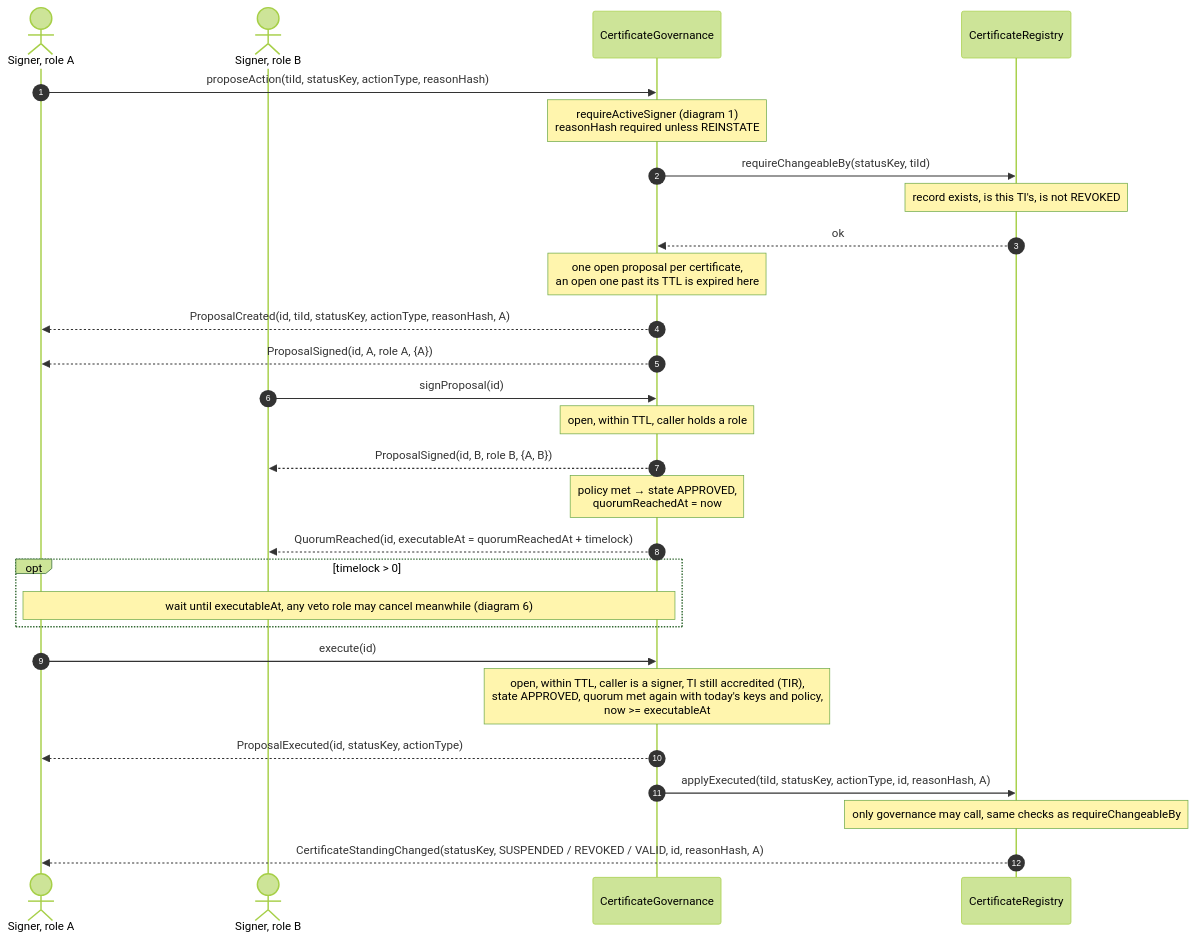
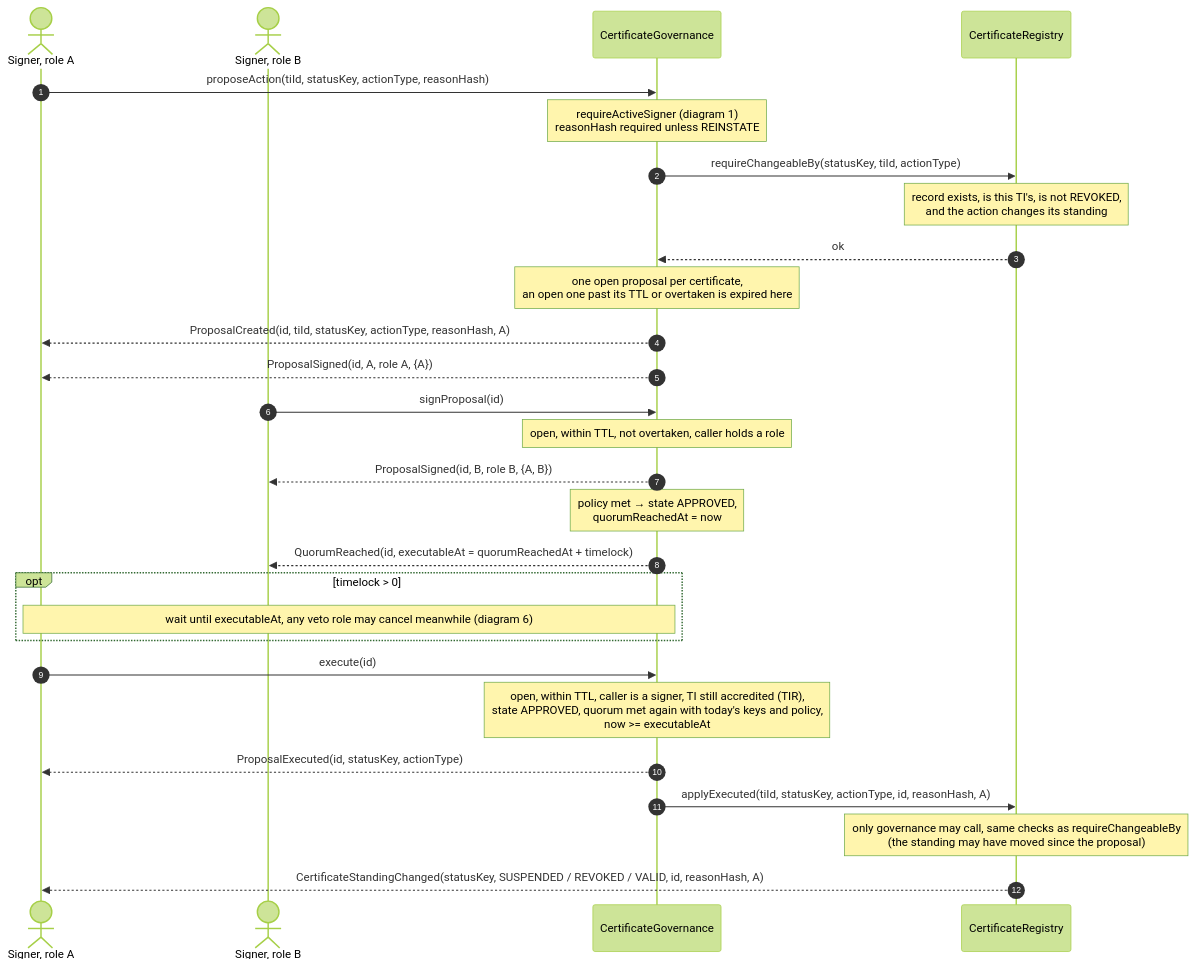
Before and after one commit to fiit-ba/ebsi-licences-for-cybersecurity-managers: the fifth of 9 diagrams in contracts/docs/sequence-diagrams.md, drawn with Mermaid (forest theme). The commit also changed 18 other files, not shown here.

Commit message:
fix: Accept a status change only if it changes the certificate's standing

````diff
--- a/contracts/docs/sequence-diagrams.md
+++ b/contracts/docs/sequence-diagrams.md
@@ -180,34 +180,34 @@
 ```mermaid
 sequenceDiagram
     autonumber
     actor A as Signer, role A
     actor B as Signer, role B
     participant G as CertificateGovernance
     participant R as CertificateRegistry
 
     A->>G: proposeAction(tiId, statusKey, actionType, reasonHash)
     Note over G: requireActiveSigner (diagram 1)<br/>reasonHash required unless REINSTATE
-    G->>R: requireChangeableBy(statusKey, tiId)
-    Note over R: record exists, is this TI's, is not REVOKED
+    G->>R: requireChangeableBy(statusKey, tiId, actionType)
+    Note over R: record exists, is this TI's, is not REVOKED,<br/>and the action changes its standing
     R-->>G: ok
-    Note over G: one open proposal per certificate,<br/>an open one past its TTL is expired here
+    Note over G: one open proposal per certificate,<br/>an open one past its TTL or overtaken is expired here
     G-->>A: ProposalCreated(id, tiId, statusKey, actionType, reasonHash, A)
     G-->>A: ProposalSigned(id, A, role A, {A})
 
     B->>G: signProposal(id)
-    Note over G: open, within TTL, caller holds a role
+    Note over G: open, within TTL, not overtaken, caller holds a role
     G-->>B: ProposalSigned(id, B, role B, {A, B})
     Note over G: policy met → state APPROVED,<br/>quorumReachedAt = now
     G-->>B: QuorumReached(id, executableAt = quorumReachedAt + timelock)
 
     opt timelock > 0
         Note over A,G: wait until executableAt, any veto role may cancel meanwhile (diagram 6)
     end
 
     A->>G: execute(id)
     Note over G: open, within TTL, caller is a signer, TI still accredited (TIR),<br/>state APPROVED, quorum met again with today's keys and policy,<br/>now >= executableAt
     G-->>A: ProposalExecuted(id, statusKey, actionType)
     G->>R: applyExecuted(tiId, statusKey, actionType, id, reasonHash, A)
-    Note over R: only governance may call, same checks as requireChangeableBy
+    Note over R: only governance may call, same checks as requireChangeableBy<br/>(the standing may have moved since the proposal)
     R-->>A: CertificateStandingChanged(statusKey, SUSPENDED / REVOKED / VALID, id, reasonHash, A)
 ```
````
